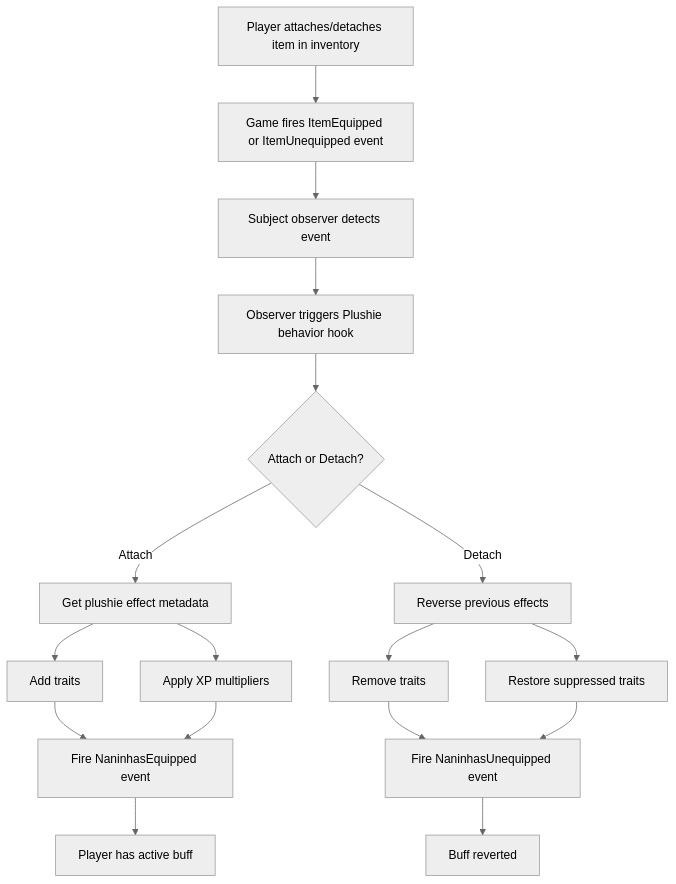
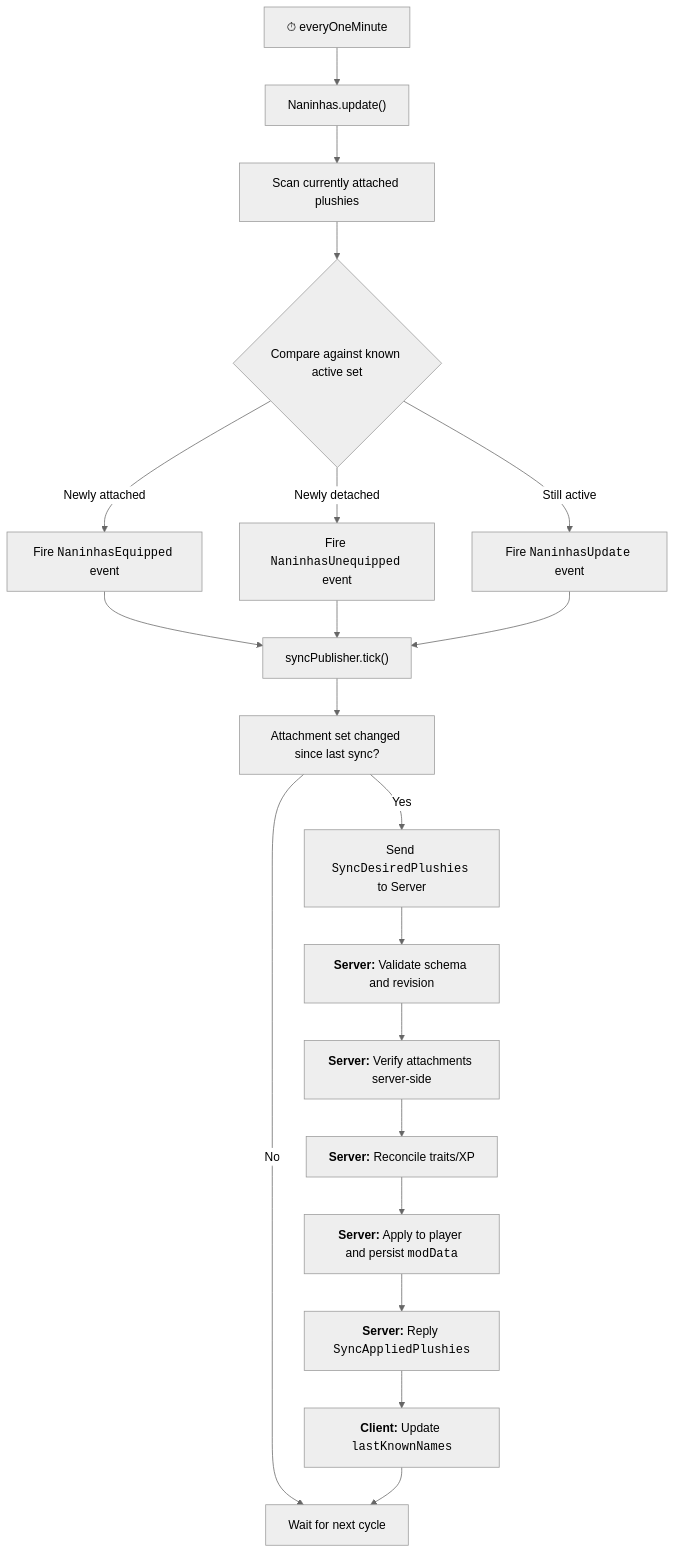
The diagram in README.md (Dihgg/naninhas), drawn with Mermaid (neutral theme) before and after one commit. The commit also changed other lines of this file and 4 other files, not shown here.

Commit message:
feat(single player): streamline plushie logic between single player and multiplayer

````diff
--- a/README.md
+++ b/README.md
@@ -122,19 +129,22 @@
 ```mermaid
 flowchart TD
-    A["Player attaches/detaches item in inventory"] --> B["Game fires ItemEquipped or ItemUnequipped event"]
-    B --> C["Subject observer detects event"]
-    C --> D["Observer triggers Plushie behavior hook"]
-    D --> E{Attach or Detach?}
-    E -->|Attach| F["Get plushie effect metadata"]
-    E -->|Detach| G["Reverse previous effects"]
-    F --> H["Add traits"]
-    F --> I["Apply XP multipliers"]
-    G --> J["Remove traits"]
-    G --> K["Restore suppressed traits"]
-    H --> L["Fire NaninhasEquipped event"]
-    I --> L
-    J --> M["Fire NaninhasUnequipped event"]
-    K --> M
-    L --> N["Player has active buff"]
-    M --> O["Buff reverted"]
+    T["⏱ everyOneMinute"] --> U["Naninhas.update()"]
+    U --> C["Scan currently attached plushies"]
+    C --> D{"Compare against known active set"}
+    D -->|Newly attached| E["Fire <code>NaninhasEquipped</code> event"]
+    D -->|Newly detached| F["Fire <code>NaninhasUnequipped</code> event"]
+    D -->|Still active| G["Fire <code>NaninhasUpdate</code> event"]
+    E --> H["syncPublisher.tick()"]
+    F --> H
+    G --> H
+    H --> I["Attachment set changed since last sync?"]
+    I -->|No| J["Wait for next cycle"]
+    I -->|Yes| K["Send <code>SyncDesiredPlushies</code> to Server"]
+    K --> L["<strong>Server:</strong> Validate schema and revision"]
+    L --> M["<strong>Server:</strong> Verify attachments server-side"]
+    M --> N["<strong>Server:</strong> Reconcile traits/XP"]
+    N --> O["<strong>Server:</strong> Apply to player and persist <code>modData</code>"]
+    O --> P["<strong>Server:</strong> Reply <code>SyncAppliedPlushies</code>"]
+    P --> Q["<strong>Client:</strong> Update <code>lastKnownNames</code>"]
+    Q --> J
 ```
````
